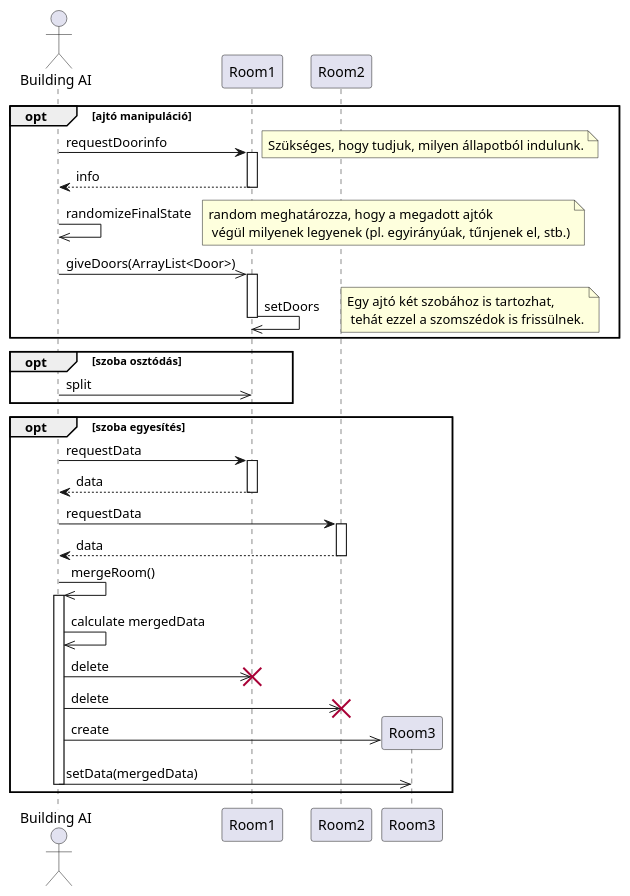
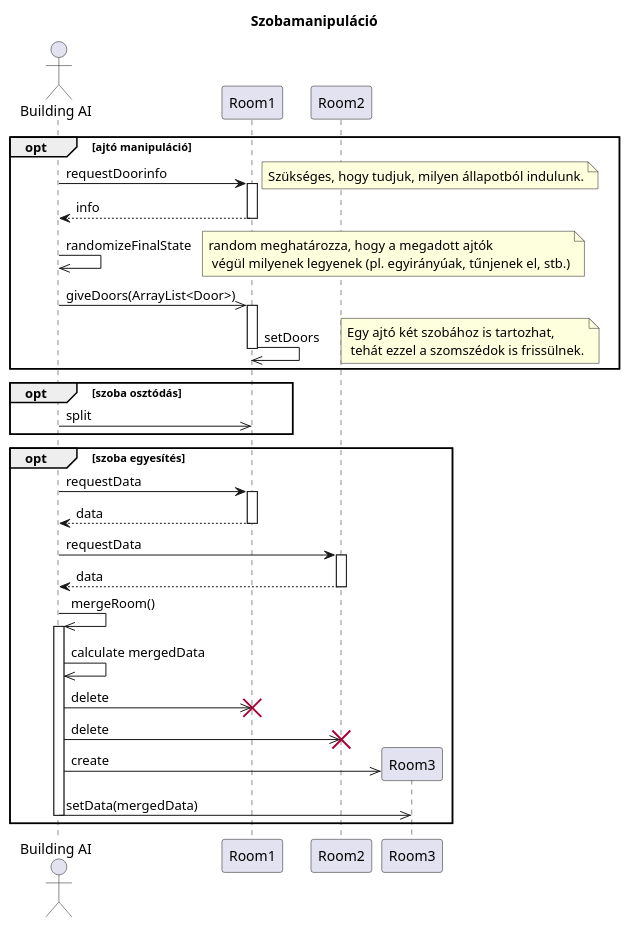
Before and after one commit to kipolaris/skyrimscriptsuttogok: the diagram in diagramms/src/building_change.puml, drawn with PlantUML. The commit also changed 1 other file, not shown here.

Commit message:
added missing title for Building AI diagramm...

```diff
--- a/diagramms/src/building_change.puml
+++ b/diagramms/src/building_change.puml
@@ -1,49 +1,51 @@
 @startuml building_change
+
+title Szobamanipuláció
 
 actor "Building AI" as ai
 Participant Room1 as sz
 Participant Room2 as sz2
 Participant Room3 as sz3
 
 opt ajtó manipuláció
 
     ai->sz ++: requestDoorinfo
     note right: Szükséges, hogy tudjuk, milyen állapotból indulunk.
     return info
 
     ai->>ai : randomizeFinalState
     note right: random meghatározza, hogy a megadott ajtók \n végül milyenek legyenek (pl. egyirányúak, tűnjenek el, stb.)
 
     ai->>sz : giveDoors(ArrayList<Door>)
     activate sz
 
     sz->>sz : setDoors
     deactivate sz
     note right : Egy ajtó két szobához is tartozhat,\n tehát ezzel a szomszédok is frissülnek.
 
 end
 
 opt szoba osztódás
 
     ai->>sz : split
 
 end
 
 opt szoba egyesítés
 
     ai->sz ++: requestData
     return data
     ai->sz2 ++: requestData
     return data
 
     ai->>ai ++: mergeRoom()
     ai->>ai : calculate mergedData
     ai->>sz !!: delete
     ai->>sz2 !!: delete
     ai->>sz3 **: create
     ai->>sz3 : setData(mergedData)
     deactivate ai
 
 end
 
 @enduml
```
